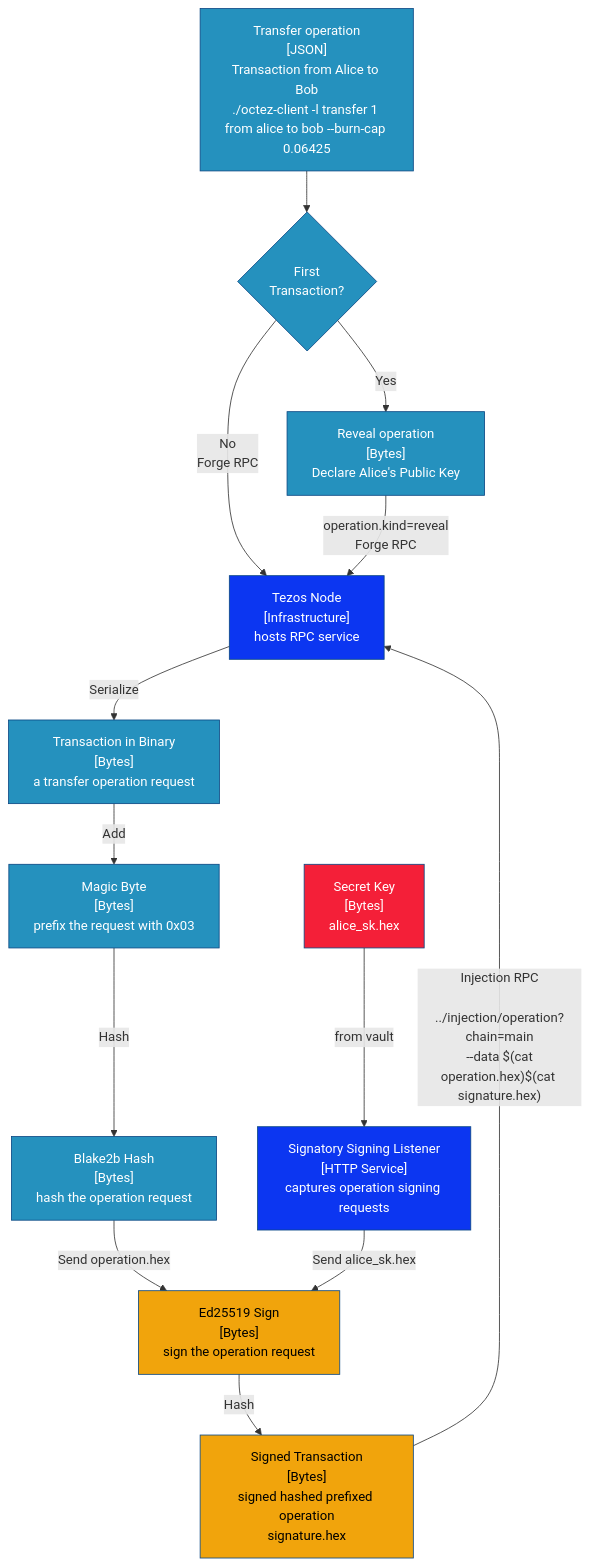
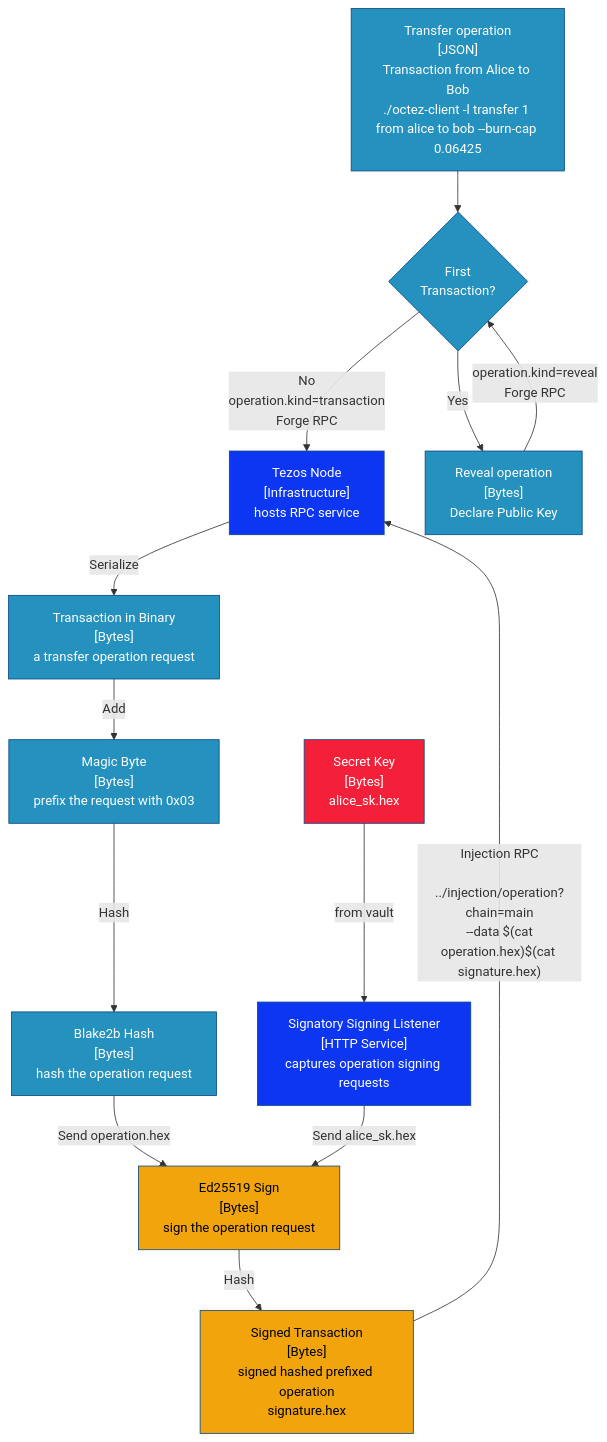
Before and after one commit to ecadlabs/signatory: the fourth of 5 diagrams in docs/signatory-architecture.md, drawn with Mermaid. The commit also changed other lines of this file, not shown here.

Commit message:
diagram refinements

````diff
--- a/docs/signatory-architecture.md
+++ b/docs/signatory-architecture.md
@@ -207,79 +207,56 @@
 ```mermaid
 flowchart TB
-
 TJ["Transfer operation
 [JSON]
 Transaction from Alice to Bob<br>./octez-client -l transfer 1 from alice to bob --burn-cap 0.06425"]
-
 TN["Tezos Node
 [Infrastructure]
 hosts RPC service"]
-
 FT{First<br>Transaction?}
-
 Reveal["Reveal operation
 [Bytes]
-Declare Alice's Public Key "]
-
+Declare Public Key "]
 TB["Transaction in Binary
 [Bytes]
 a transfer operation request"]
-
 W["Magic Byte 
 [Bytes]
 prefix the request with 0x03"]
-
 B["Blake2b Hash
 [Bytes]
 hash the operation request"]
-
 ED["Ed25519 Sign
 [Bytes]
 sign the operation request"]
-
 SK["Secret Key
 [Bytes]
 alice_sk.hex"]
-
 SIGNATORY["Signatory Signing Listener
 [HTTP Service]
 captures operation signing requests"]
-
-
-
 ST["Signed Transaction
 [Bytes]
 signed hashed prefixed operation
 signature.hex"]
-
 TJ --> FT
+FT -- "No<br>operation.kind=transaction<br>Forge RPC" --> TN 
 FT -- "Yes" --> Reveal 
-FT -- "No<br>Forge RPC" --> TN 
-Reveal -- "operation.kind=reveal<br>Forge RPC" --> TN
-
+Reveal -- "operation.kind=reveal<br>Forge RPC" --> FT
 TN-- "Serialize" -->TB
-
-
 TB-- "Add" -->W
 W-- "Hash" -->B
-
 B-- "Send operation.hex" -->ED
 SK-- "from vault" -->SIGNATORY
 SIGNATORY-- "Send alice_sk.hex" -->ED
-
-
 ED--"Hash " -->ST
-
 ST-- "Injection RPC<br>
 ../injection/operation?chain=main<br> --data $(cat operation.hex)$(cat signature.hex)" -->TN
-
 classDef node fill:#0C36F1,stroke:#0b4884,color:#ffffff
 classDef key fill:#F41F38,stroke:#0b4884,color:#ffffff
 classDef transaction fill:#2591BE,stroke:#0b4884,color:#ffffff
 classDef signature fill:#F1A40C,stroke:#0b4884,color:#000000
-
 class FT,Reveal,TJ,TB,W,B transaction
 class TN node
 class SK key
 class ED,SIG,ST signature
 ```
````
